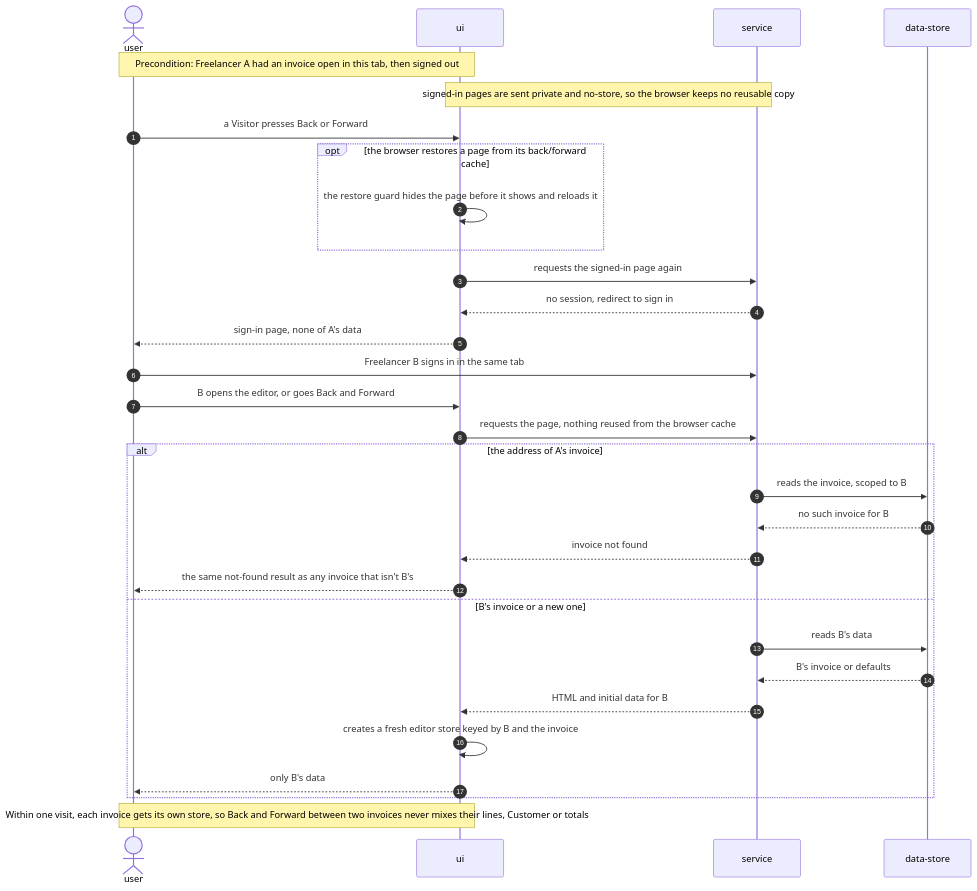
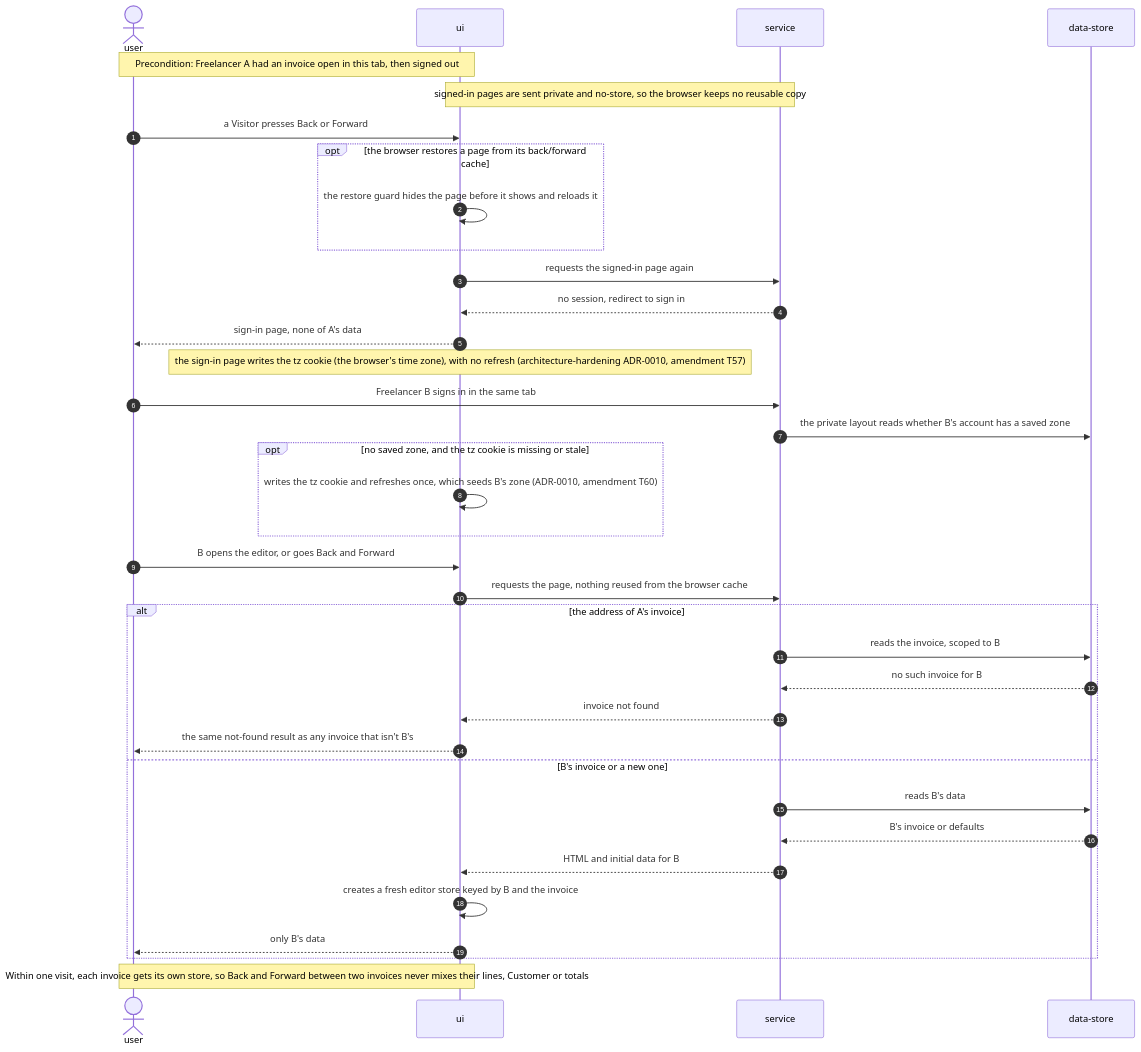
One commit to GopkoDev/invoiceForge changed the eighth of 12 diagrams in docs/features/editor-ux/sad.md. Above: the diagram before and after it, drawn with Mermaid. The commit also changed other lines of this file and 5 other files, not shown here.

First line of the commit message:
docs(editor-ux): record the tz cookie in the spec and Flow 6, record storedAmounts in the contracts, and close the currency-symbol question

````diff
--- a/docs/features/editor-ux/sad.md
+++ b/docs/features/editor-ux/sad.md
@@ -393,34 +393,39 @@
 ```mermaid
 sequenceDiagram
     autonumber
     actor U as user
     participant UI as ui
     participant S as service
     participant D as data-store
 
     Note over U,UI: Precondition: Freelancer A had an invoice open in this tab, then signed out
     Note over UI,S: signed-in pages are sent private and no-store, so the browser keeps no reusable copy
     U->>UI: a Visitor presses Back or Forward
     opt the browser restores a page from its back/forward cache
         UI->>UI: the restore guard hides the page before it shows and reloads it
     end
     UI->>S: requests the signed-in page again
     S-->>UI: no session, redirect to sign in
     UI-->>U: sign-in page, none of A's data
+    Note over UI: the sign-in page writes the tz cookie (the browser's time zone), with no refresh (architecture-hardening ADR-0010, amendment T57)
     U->>S: Freelancer B signs in in the same tab
+    S->>D: the private layout reads whether B's account has a saved zone
+    opt no saved zone, and the tz cookie is missing or stale
+        UI->>UI: writes the tz cookie and refreshes once, which seeds B's zone (ADR-0010, amendment T60)
+    end
     U->>UI: B opens the editor, or goes Back and Forward
     UI->>S: requests the page, nothing reused from the browser cache
     alt the address of A's invoice
         S->>D: reads the invoice, scoped to B
         D-->>S: no such invoice for B
         S-->>UI: invoice not found
         UI-->>U: the same not-found result as any invoice that isn't B's
     else B's invoice or a new one
         S->>D: reads B's data
         D-->>S: B's invoice or defaults
         S-->>UI: HTML and initial data for B
         UI->>UI: creates a fresh editor store keyed by B and the invoice
         UI-->>U: only B's data
     end
     Note over U,UI: Within one visit, each invoice gets its own store, so Back and Forward between two invoices never mixes their lines, Customer or totals
 ```
````
